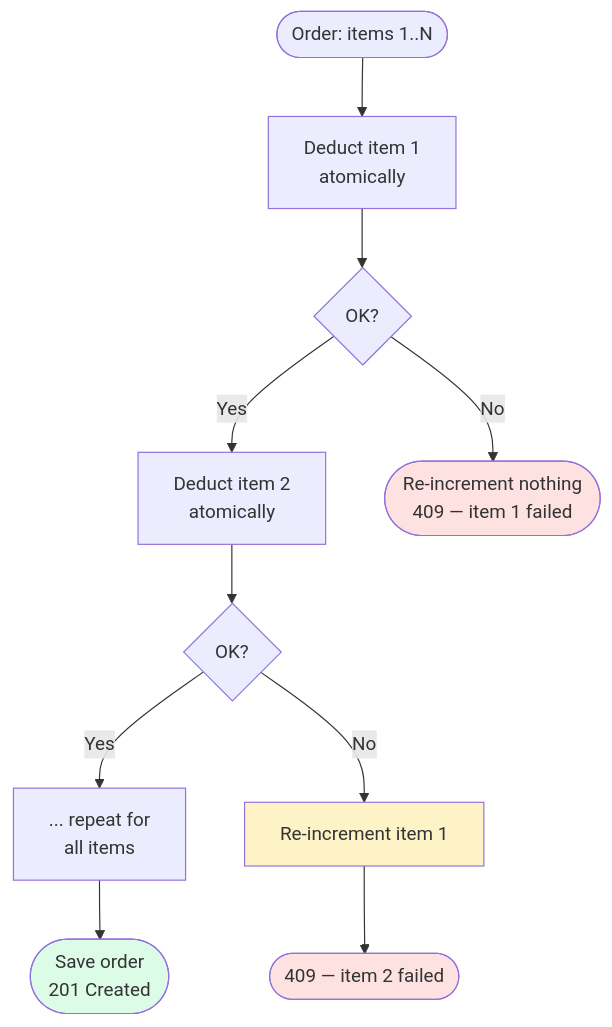
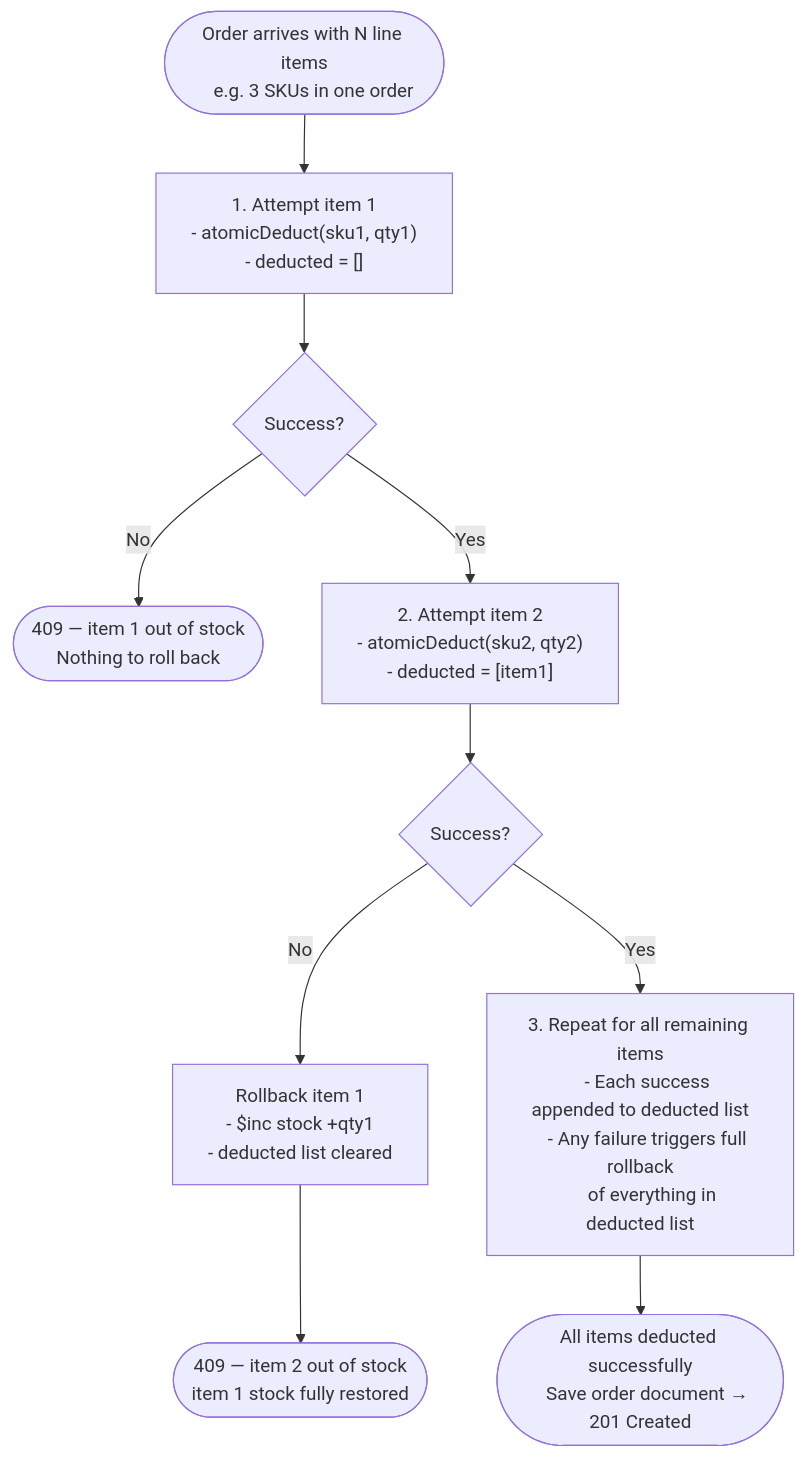
The fourth of 7 diagrams in ARCHITECTURE.md (arnabbhakta791/inventory-management-system), drawn with Mermaid before and after one commit. The commit also changed other lines of this file, not shown here.

First line of the commit message:
docs: rewrite flowcharts with numbered steps and descriptive sub-points

````diff
--- a/ARCHITECTURE.md
+++ b/ARCHITECTURE.md
@@ -122,17 +163,40 @@
 ```mermaid
 flowchart TD
-    A([Order: items 1..N]) --> B[Deduct item 1\natomically]
-    B --> C{OK?}
-    C -- Yes --> D[Deduct item 2\natomically]
-    D --> E{OK?}
-    E -- Yes --> F[... repeat for\nall items]
-    F --> G([Save order\n201 Created])
-    C -- No --> H([Re-increment nothing\n409 — item 1 failed])
-    E -- No --> I[Re-increment item 1]
-    I --> J([409 — item 2 failed])
+    Start(["Order arrives with N line items
+    e.g. 3 SKUs in one order"])
+    Start --> A
 
-    style H fill:#fee2e2
-    style I fill:#fef3c7
-    style J fill:#fee2e2
-    style G fill:#dcfce7
+    A["1. Attempt item 1
+    - atomicDeduct(sku1, qty1)
+    - deducted = []"]
+
+    A --> B{Success?}
+    B -- No --> Err1(["409 — item 1 out of stock
+    Nothing to roll back"])
+
+    B -- Yes --> C
+
+    C["2. Attempt item 2
+    - atomicDeduct(sku2, qty2)
+    - deducted = [item1]"]
+
+    C --> D{Success?}
+    D -- No --> Rollback1
+
+    Rollback1["Rollback item 1
+    - $inc stock +qty1
+    - deducted list cleared"]
+
+    Rollback1 --> Err2(["409 — item 2 out of stock
+    item 1 stock fully restored"])
+
+    D -- Yes --> E
+
+    E["3. Repeat for all remaining items
+    - Each success appended to deducted list
+    - Any failure triggers full rollback
+      of everything in deducted list"]
+
+    E --> End(["All items deducted successfully
+    Save order document → 201 Created"])
 ```
````
